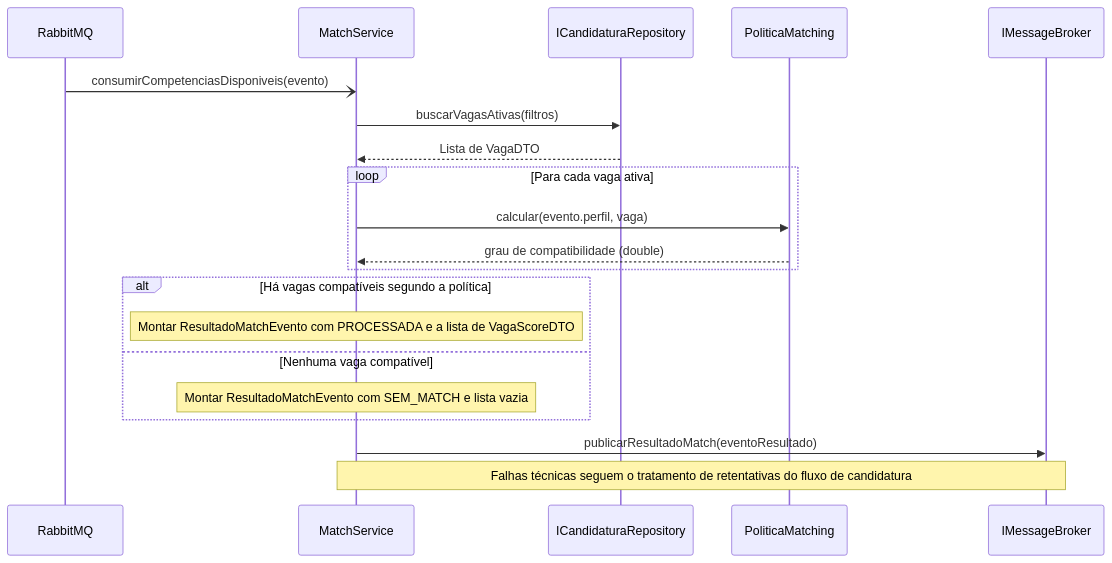
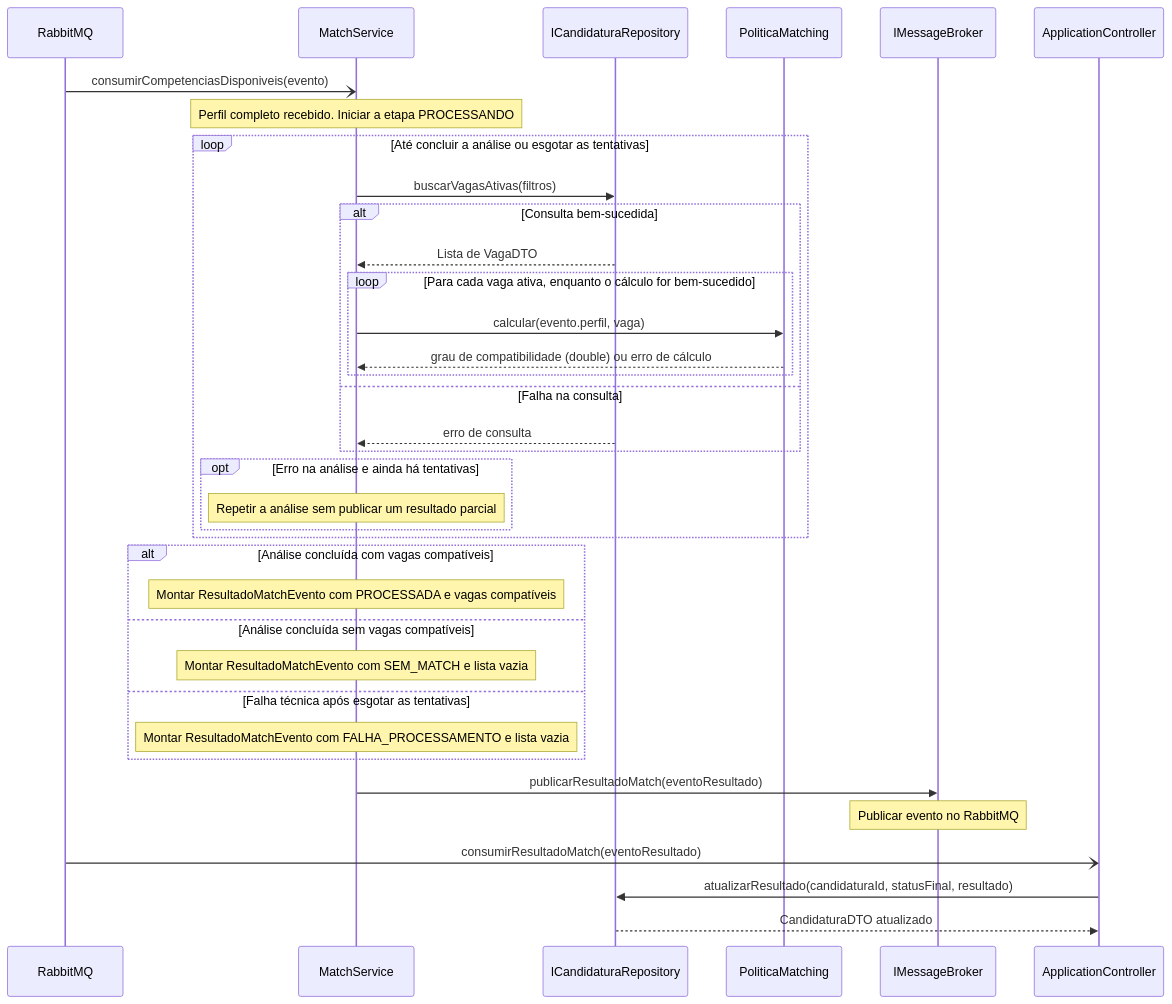
One commit to JosefLangermann/sprint-final-modelagemdesoftware changed the diagram in docs/architecture/sequencia-politica-matching.mmd. Above: the diagram before and after it, drawn with Mermaid. The commit also changed 3 other files, not shown here.

```diff
--- a/docs/architecture/sequencia-politica-matching.mmd
+++ b/docs/architecture/sequencia-politica-matching.mmd
@@ -1,24 +1,39 @@
 sequenceDiagram
     participant MQ as RabbitMQ
     participant MS as MatchService
     participant Repo as ICandidaturaRepository
     participant PM as PoliticaMatching
     participant Broker as IMessageBroker
+    participant API as ApplicationController
 
     MQ-)MS: consumirCompetenciasDisponiveis(evento)
-    MS->>Repo: buscarVagasAtivas(filtros)
-    Repo-->>MS: Lista de VagaDTO
-
-    loop Para cada vaga ativa
-        MS->>PM: calcular(evento.perfil, vaga)
-        PM-->>MS: grau de compatibilidade (double)
+    Note over MS: Perfil completo recebido. Iniciar a etapa PROCESSANDO
+    loop Até concluir a análise ou esgotar as tentativas
+        MS->>Repo: buscarVagasAtivas(filtros)
+        alt Consulta bem-sucedida
+            Repo-->>MS: Lista de VagaDTO
+            loop Para cada vaga ativa, enquanto o cálculo for bem-sucedido
+                MS->>PM: calcular(evento.perfil, vaga)
+                PM-->>MS: grau de compatibilidade (double) ou erro de cálculo
+            end
+        else Falha na consulta
+            Repo-->>MS: erro de consulta
+        end
+        opt Erro na análise e ainda há tentativas
+            Note over MS: Repetir a análise sem publicar um resultado parcial
+        end
     end
 
-    alt Há vagas compatíveis segundo a política
-        Note over MS: Montar ResultadoMatchEvento com PROCESSADA e a lista de VagaScoreDTO
-    else Nenhuma vaga compatível
+    alt Análise concluída com vagas compatíveis
+        Note over MS: Montar ResultadoMatchEvento com PROCESSADA e vagas compatíveis
+    else Análise concluída sem vagas compatíveis
         Note over MS: Montar ResultadoMatchEvento com SEM_MATCH e lista vazia
+    else Falha técnica após esgotar as tentativas
+        Note over MS: Montar ResultadoMatchEvento com FALHA_PROCESSAMENTO e lista vazia
     end
 
     MS->>Broker: publicarResultadoMatch(eventoResultado)
-    Note over MS,Broker: Falhas técnicas seguem o tratamento de retentativas do fluxo de candidatura
+    Note over Broker: Publicar evento no RabbitMQ
+    MQ-)API: consumirResultadoMatch(eventoResultado)
+    API->>Repo: atualizarResultado(candidaturaId, statusFinal, resultado)
+    Repo-->>API: CandidaturaDTO atualizado
```
